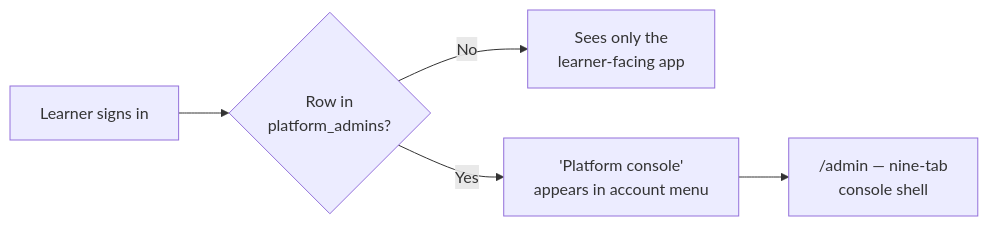
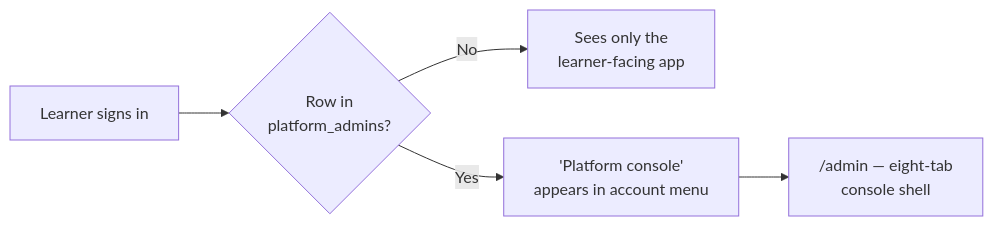
Before and after one commit to russelldonders/LearnScope: the first of 7 diagrams in docs/admin-guide/README.md, drawn with Mermaid. The commit also changed other lines of this file and 10 other files, not shown here.

````diff
--- a/docs/admin-guide/README.md
+++ b/docs/admin-guide/README.md
@@ -70,7 +70,7 @@
 ```mermaid
 flowchart LR
     A["Learner signs in"] --> B{"Row in\nplatform_admins?"}
     B -- "No" --> C["Sees only the\nlearner-facing app"]
     B -- "Yes" --> D["'Platform console'\nappears in account menu"]
-    D --> E["/admin — nine-tab\nconsole shell"]
+    D --> E["/admin — eight-tab\nconsole shell"]
 ```
````
